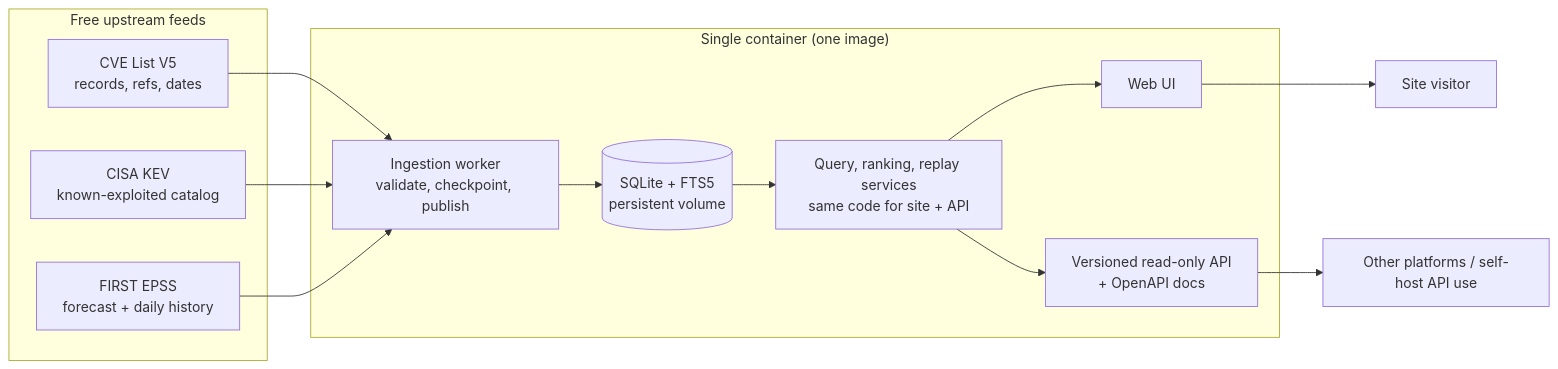
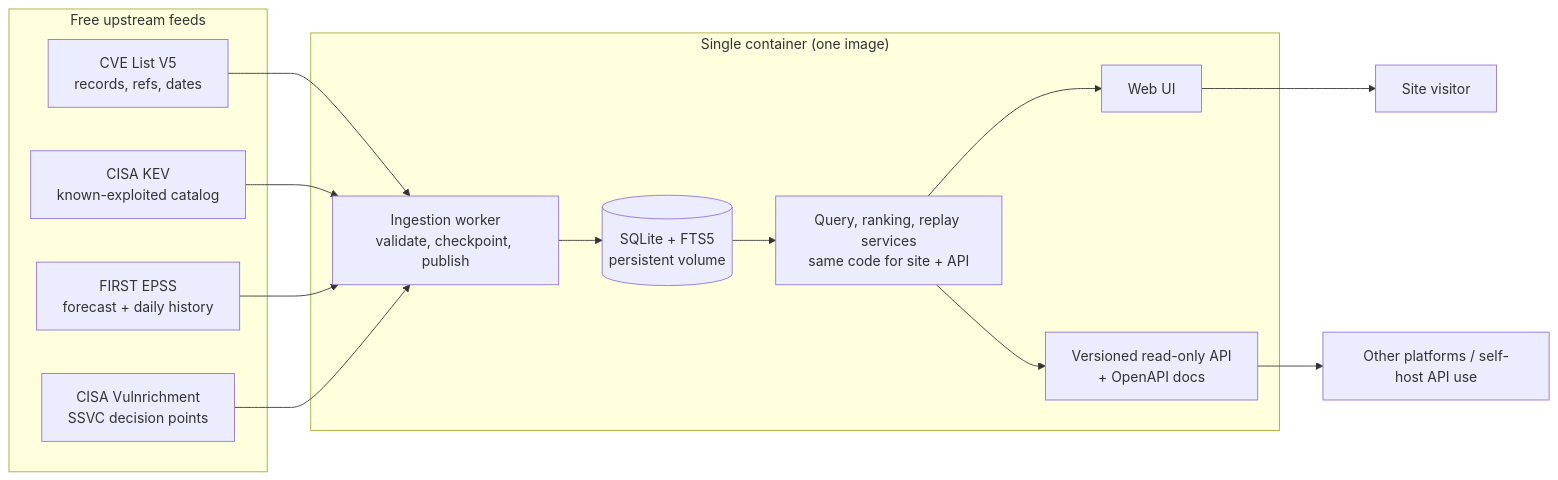
Before and after one commit to momokii/kevelry: the first of 2 diagrams in README.md, drawn with Mermaid. The commit also changed other lines of this file and 4 other files, not shown here.

````diff
--- a/README.md
+++ b/README.md
@@ -93,24 +97,26 @@
 ```mermaid
 flowchart LR
   subgraph Upstream["Free upstream feeds"]
     V5[CVE List V5<br/>records, refs, dates]
     KEV[CISA KEV<br/>known-exploited catalog]
     EPSS[FIRST EPSS<br/>forecast + daily history]
+    VR[CISA Vulnrichment<br/>SSVC decision points]
   end
   subgraph Container["Single container (one image)"]
     ING[Ingestion worker<br/>validate, checkpoint, publish]
     DB[(SQLite + FTS5<br/>persistent volume)]
     CORE[Query, ranking, replay services<br/>same code for site + API]
     WEB[Web UI]
     API[Versioned read-only API<br/>+ OpenAPI docs]
     ING --> DB
     DB --> CORE
     CORE --> WEB
     CORE --> API
   end
   V5 --> ING
   KEV --> ING
   EPSS --> ING
+  VR --> ING
   WEB --> Visitor[Site visitor]
   API --> Ext[Other platforms / self-host API use]
 ```
````
